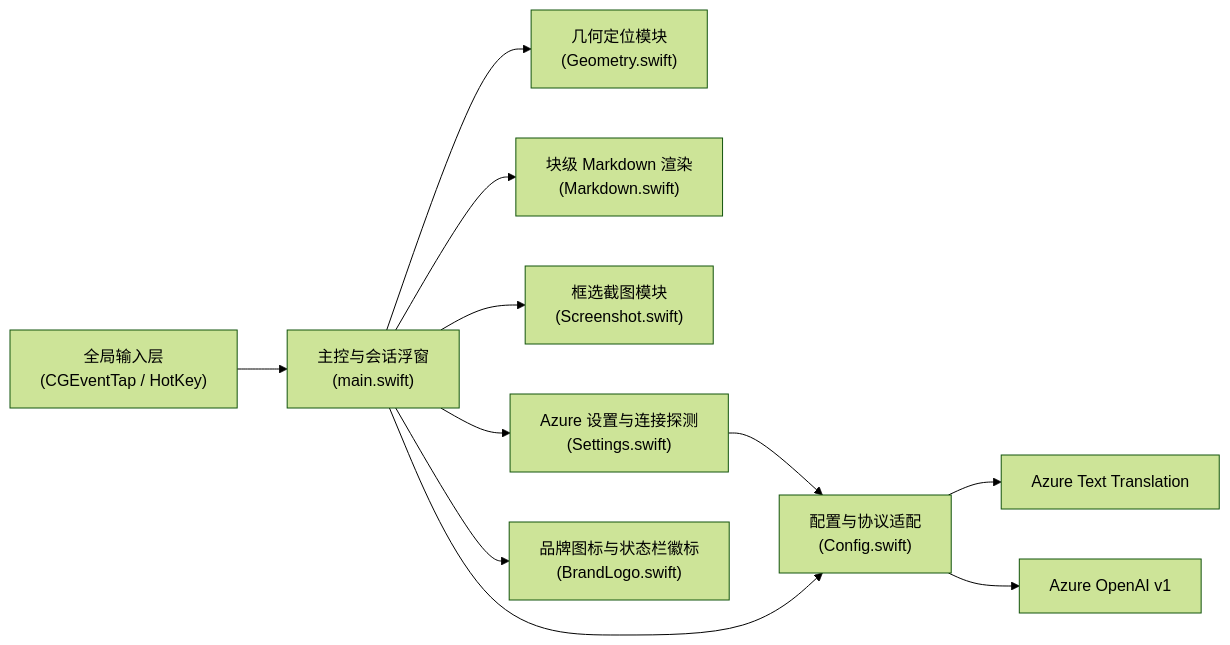
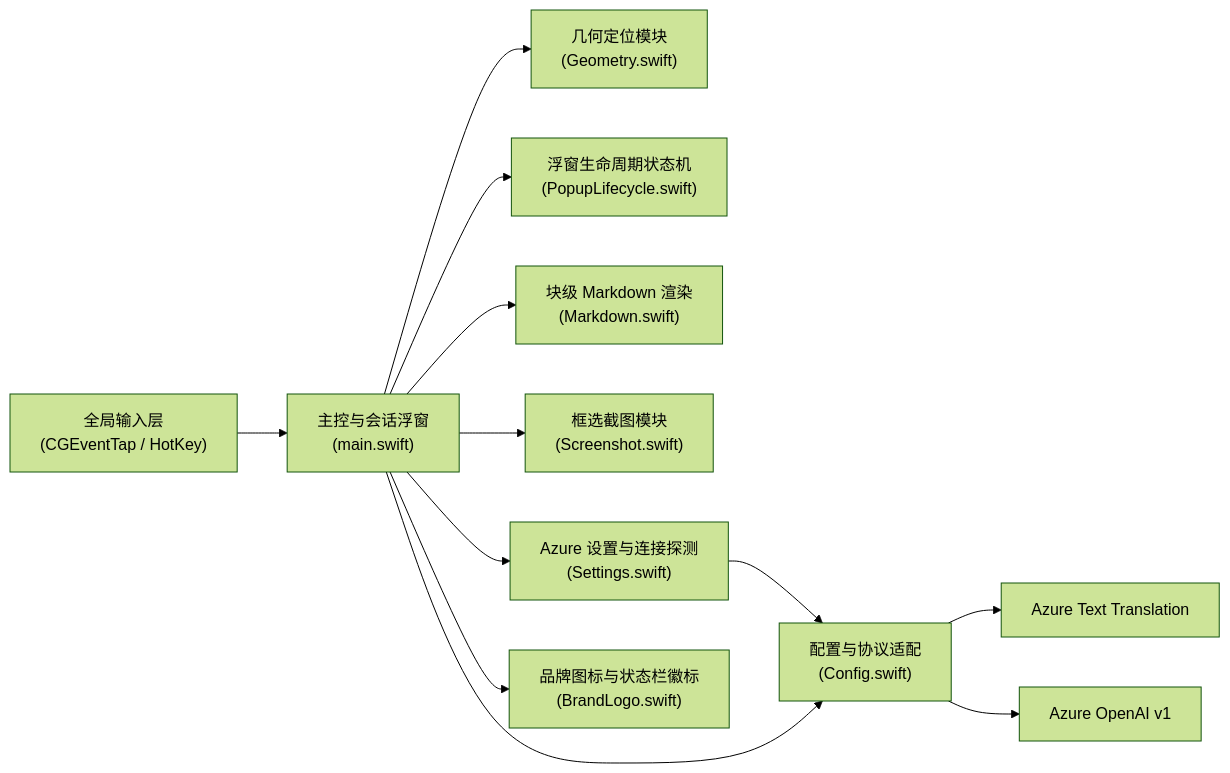
Before and after one commit to Sofiawuh/Glint: the first of 2 diagrams in docs/architecture/overview.md, drawn with Mermaid (forest theme). The commit also changed other lines of this file and 7 other files, not shown here.

````diff
--- a/docs/architecture/overview.md
+++ b/docs/architecture/overview.md
@@ -7,13 +7,14 @@
 ```mermaid
 flowchart LR
     EventTap["全局输入层\n(CGEventTap / HotKey)"] --> AppCore["主控与会话浮窗\n(main.swift)"]
     AppCore --> Geo["几何定位模块\n(Geometry.swift)"]
+    AppCore --> PopupState["浮窗生命周期状态机\n(PopupLifecycle.swift)"]
     AppCore --> MD["块级 Markdown 渲染\n(Markdown.swift)"]
     AppCore --> Capture["框选截图模块\n(Screenshot.swift)"]
     AppCore --> SettingsUI["Azure 设置与连接探测\n(Settings.swift)"]
     AppCore --> Brand["品牌图标与状态栏徽标\n(BrandLogo.swift)"]
     SettingsUI --> Config["配置与协议适配\n(Config.swift)"]
     AppCore --> Config
     Config --> Translator["Azure Text Translation"]
     Config --> GPT["Azure OpenAI v1"]
 ```
````
